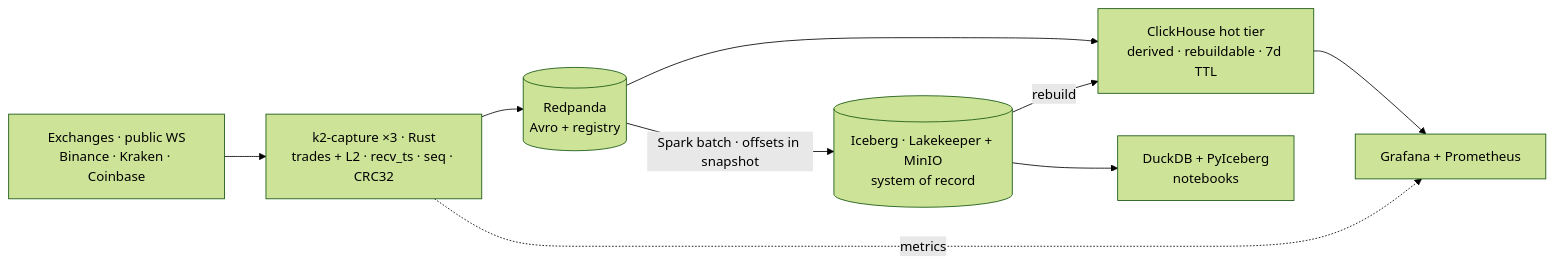
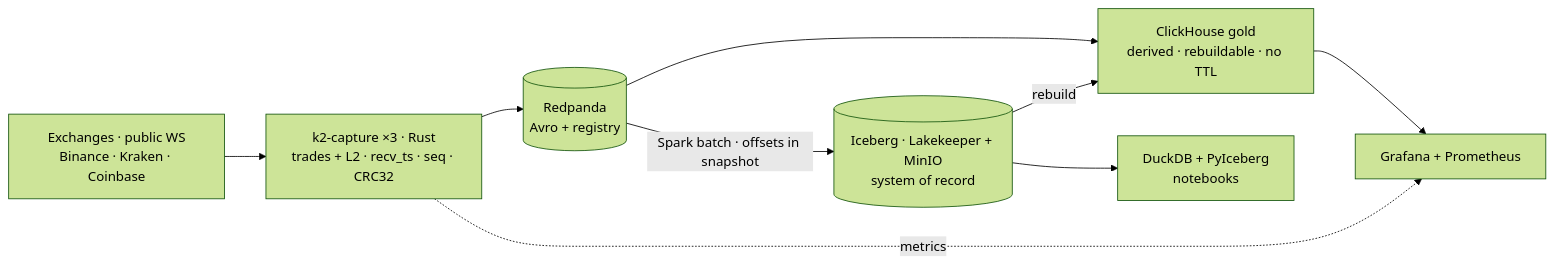
One commit to rjdscott/k2-market-data-platform changed the second of 2 diagrams in README.md. Above: the diagram before and after it, drawn with Mermaid (forest theme). The commit also changed other lines of this file and 52 other files, not shown here.

````diff
--- a/README.md
+++ b/README.md
@@ -273,17 +278,17 @@
 ```mermaid
 flowchart LR
   EX["Exchanges · public WS<br/>Binance · Kraken · Coinbase"]
   CAP["k2-capture ×3 · Rust<br/>trades + L2 · recv_ts · seq · CRC32"]
   RP[("Redpanda<br/>Avro + registry")]
   IB[("Iceberg · Lakekeeper + MinIO<br/>system of record")]
-  CH["ClickHouse hot tier<br/>derived · rebuildable · 7d TTL"]
+  CH["ClickHouse gold<br/>derived · rebuildable · no TTL"]
   DD["DuckDB + PyIceberg<br/>notebooks"]
   GR["Grafana + Prometheus"]
   EX --> CAP --> RP
   RP -->|"Spark batch · offsets in snapshot"| IB
   RP --> CH
   IB -->|rebuild| CH
   IB --> DD
   CH --> GR
   CAP -.metrics.-> GR
 ```
````
